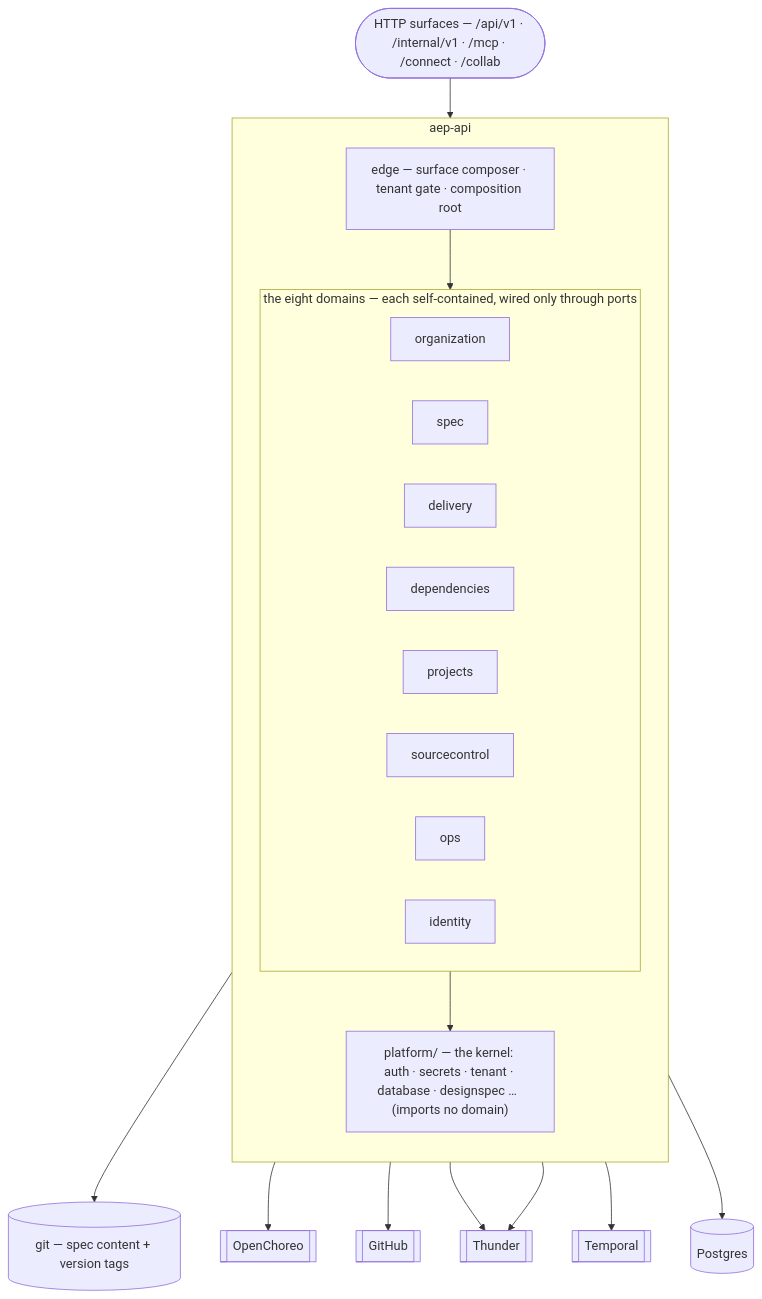
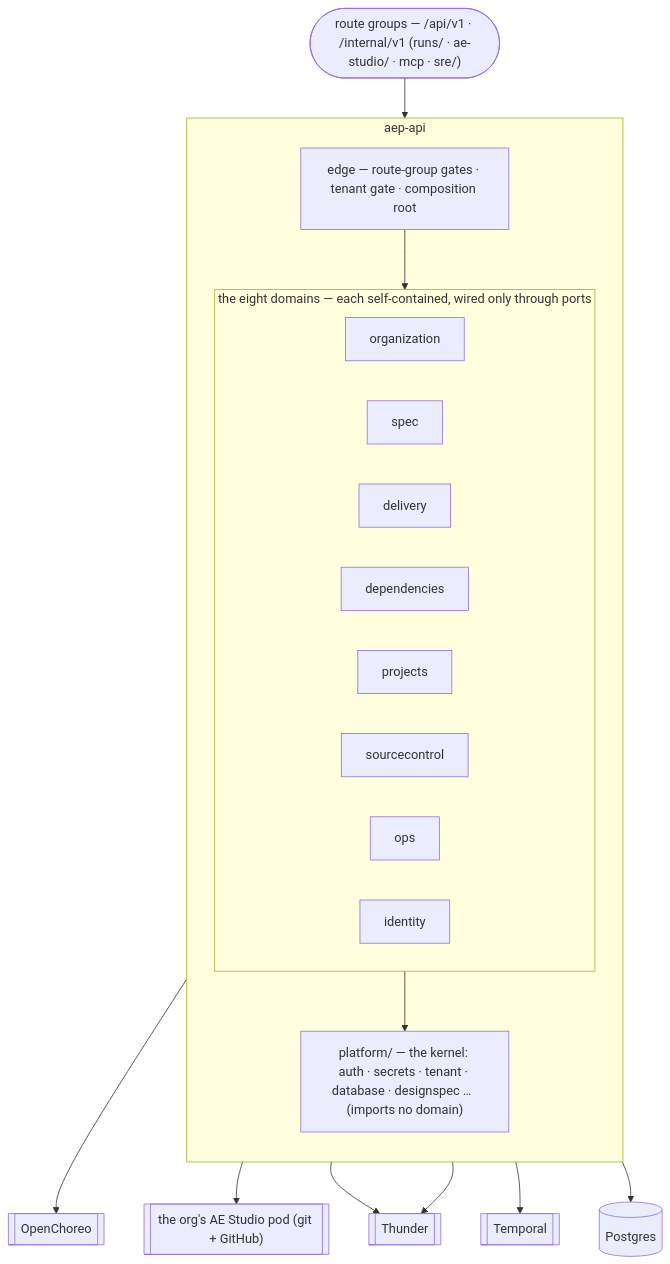
One commit to wso2/labs-agentic-engineer changed the diagram in services/aep-api/README.md. Above: the diagram before and after it, drawn with Mermaid. The commit also changed other lines of this file and 14 other files, not shown here.

Commit message:
docs(design): turn runtime, room, aep-api route groups and git boundary, coding run lifecycle

````diff
--- a/services/aep-api/README.md
+++ b/services/aep-api/README.md
@@ -16,30 +16,29 @@
 ```mermaid
 flowchart TB
-  SURF(["HTTP surfaces — /api/v1 · /internal/v1 · /mcp · /connect · /collab"])
+  SURF(["route groups — /api/v1 · /internal/v1 (runs/ · ae-studio/ · mcp · sre/)"])
   subgraph AEPAPI["aep-api"]
     direction TB
-    EDGE["edge — surface composer · tenant gate · composition root"]
+    EDGE["edge — route-group gates · tenant gate · composition root"]
     subgraph DOMAINS["the eight domains — each self-contained, wired only through ports"]
       direction LR
       ORG["organization"]
       SPEC["spec"]
       DEL["delivery"]
       DEP["dependencies"]
       PROJ["projects"]
       SC["sourcecontrol"]
       OPS["ops"]
       IDN["identity"]
     end
     PLAT["platform/ — the kernel: auth · secrets · tenant · database · designspec …  (imports no domain)"]
     EDGE --> DOMAINS
     DOMAINS --> PLAT
   end
   SURF --> EDGE
   DOMAINS --> PG[("Postgres")]
-  SPEC --> GIT[("git — spec content + version tags")]
   DEP --> OC[[OpenChoreo]]
-  SC --> GH[[GitHub]]
+  SC --> AES[["the org's AE Studio pod (git + GitHub)"]]
   ORG --> TH[[Thunder]]
   IDN --> TH
   DEL --> TMP[[Temporal]]
 ```
````
